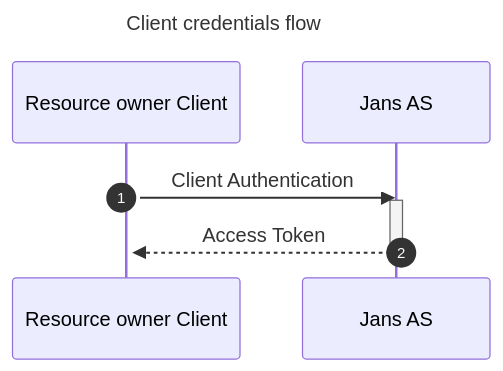
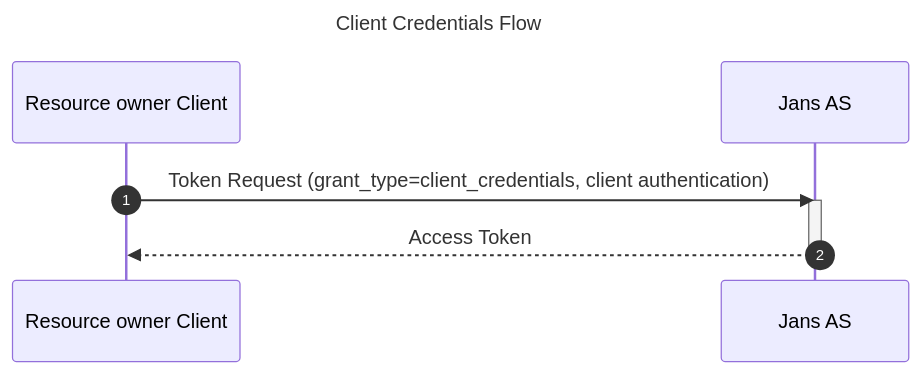
Before and after one commit to JanssenProject/jans: the diagram in docs/janssen-server/auth-server/oauth-features/client-credential-grant.md, drawn with Mermaid. The commit also changed 1 other file, not shown here.

Commit message:
fix(docs): restore OAuth documentation changes after merge

````diff
--- a/docs/janssen-server/auth-server/oauth-features/client-credential-grant.md
+++ b/docs/janssen-server/auth-server/oauth-features/client-credential-grant.md
@@ -19,16 +19,15 @@
 ```mermaid
 
 sequenceDiagram
-    title Client credentials flow
-    autonumber 1
+    title Client Credentials Flow
+    autonumber
 
     participant Client as Resource owner Client
-    participant JansAS as Jans AS
+    participant Jans as Jans AS
 
-    activate Client
-    Client->>JansAS:Client Authentication
-    activate JansAS
-    JansAS-->>Client:Access Token
-    deactivate JansAS
+    Client->>Jans: Token Request (grant_type=client_credentials, client authentication)
+    activate Jans
+    Jans-->>Client: Access Token
+    deactivate Jans
 
 ```
````
